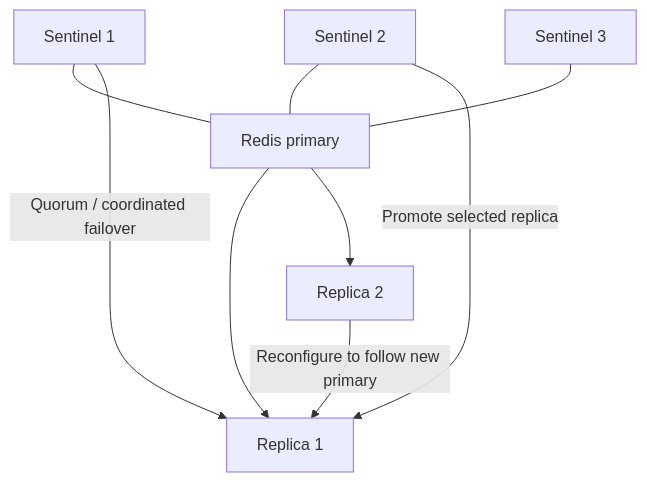
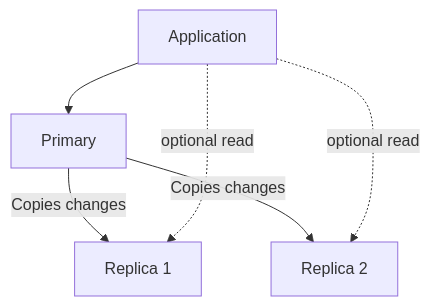
The third of 6 diagrams in Redis_for_System_Design_Interviews.md (jayeshsharma2605/database_notes), drawn with Mermaid before and after one commit. The commit also changed other lines of this file, not shown here.

Commit message:
Simplify Redis system design interview notes

````diff
--- a/Redis_for_System_Design_Interviews.md
+++ b/Redis_for_System_Design_Interviews.md
@@ -135,11 +136,8 @@
 ```mermaid
 flowchart TD
-    S1[Sentinel 1] --- P[Redis primary]
-    S2[Sentinel 2] --- P
-    S3[Sentinel 3] --- P
-    P --> R1[Replica 1]
-    P --> R2[Replica 2]
-    S1 -->|Quorum / coordinated failover| R1
-    S2 -->|Promote selected replica| R1
-    R2 -->|Reconfigure to follow new primary| R1
+    APP[Application] --> P[Primary]
+    P -->|Copies changes| R1[Replica 1]
+    P -->|Copies changes| R2[Replica 2]
+    APP -. optional read .-> R1
+    APP -. optional read .-> R2
 ```
````
